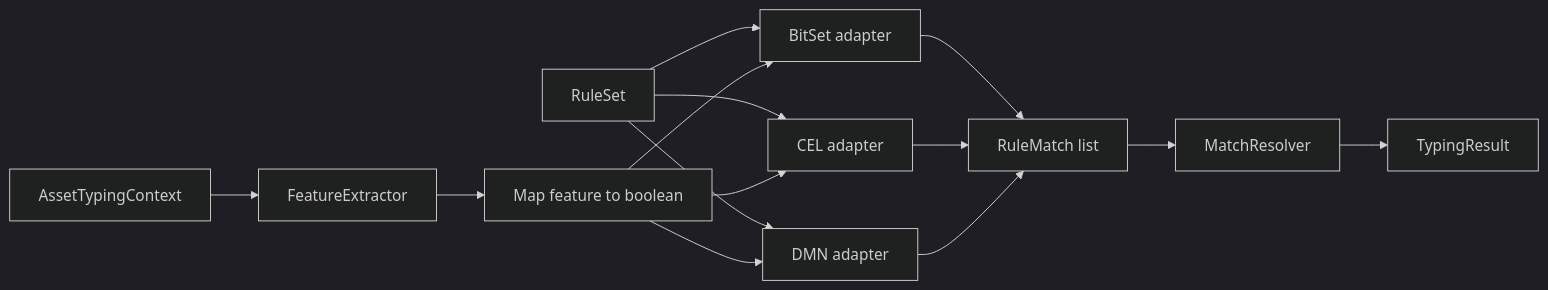
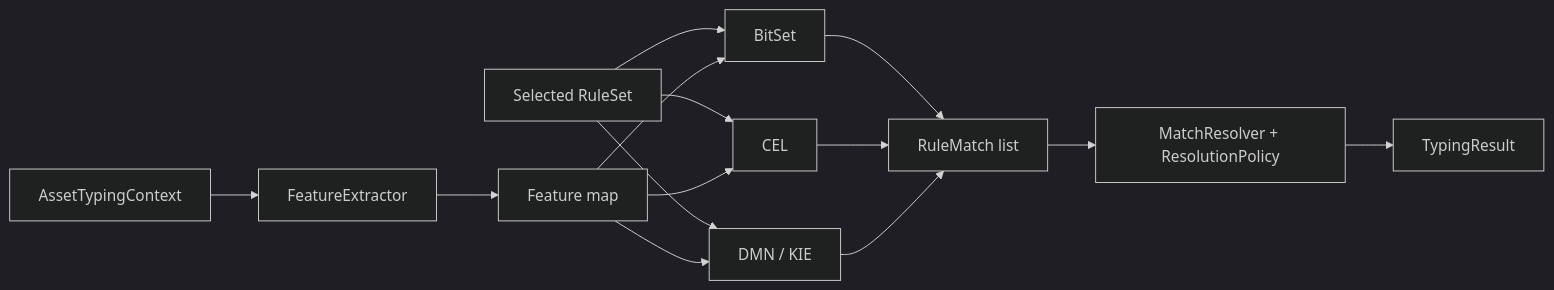
Before and after one commit to GAbra/itam-asset-typing-benchmark: the diagram in docs/ENGINE_IMPLEMENTATION_RU.md, drawn with Mermaid (dark theme). The commit also changed other lines of this file and 5 other files, not shown here.

Commit message:
Align implementation docs with completed research architecture

````diff
--- a/docs/ENGINE_IMPLEMENTATION_RU.md
+++ b/docs/ENGINE_IMPLEMENTATION_RU.md
@@ -28,16 +30,12 @@
 ```mermaid
 flowchart LR
-    C["AssetTypingContext"] --> F["FeatureExtractor"]
-    F --> M["Map feature to boolean"]
-    R["RuleSet"] --> B["BitSet adapter"]
-    R --> E["CEL adapter"]
-    R --> D["DMN adapter"]
-    M --> B
-    M --> E
-    M --> D
-    B --> RM["RuleMatch list"]
-    E --> RM
-    D --> RM
-    RM --> RES["MatchResolver"]
-    RES --> OUT["TypingResult"]
+    C[AssetTypingContext] --> F[FeatureExtractor]
+    F --> M[Feature map]
+    R[Selected RuleSet] --> B[BitSet]
+    R --> E[CEL]
+    R --> D[DMN / KIE]
+    M --> B & E & D
+    B & E & D --> RM[RuleMatch list]
+    RM --> RES[MatchResolver + ResolutionPolicy]
+    RES --> OUT[TypingResult]
 ```
````
